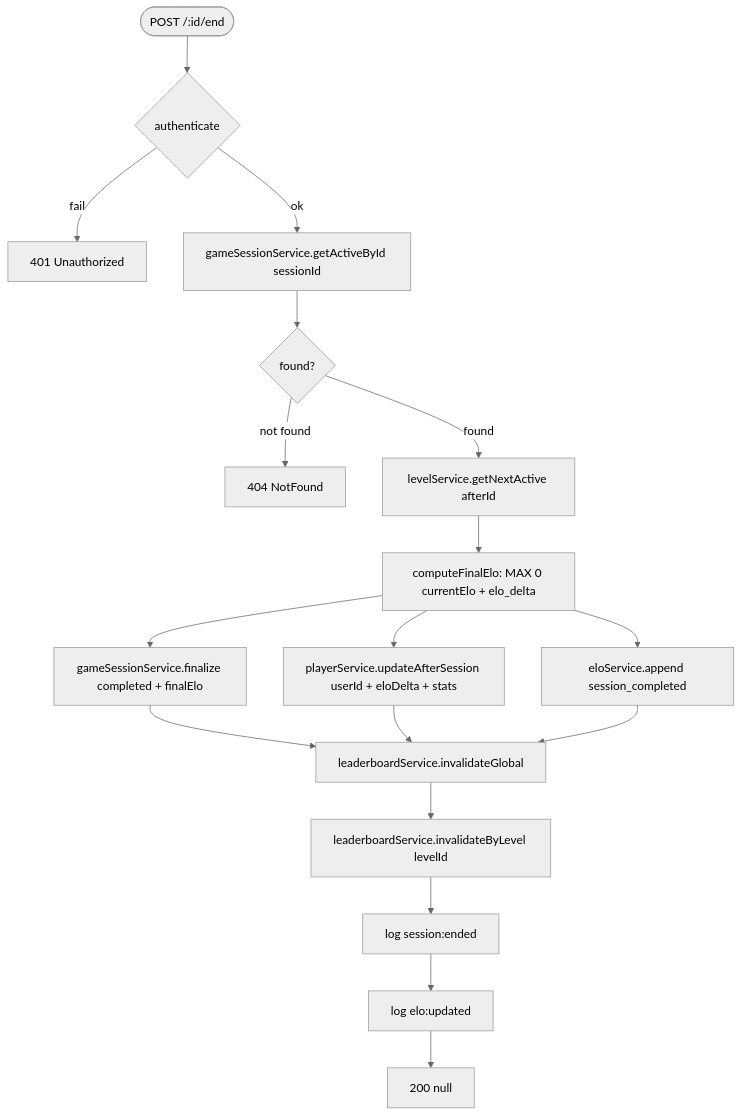
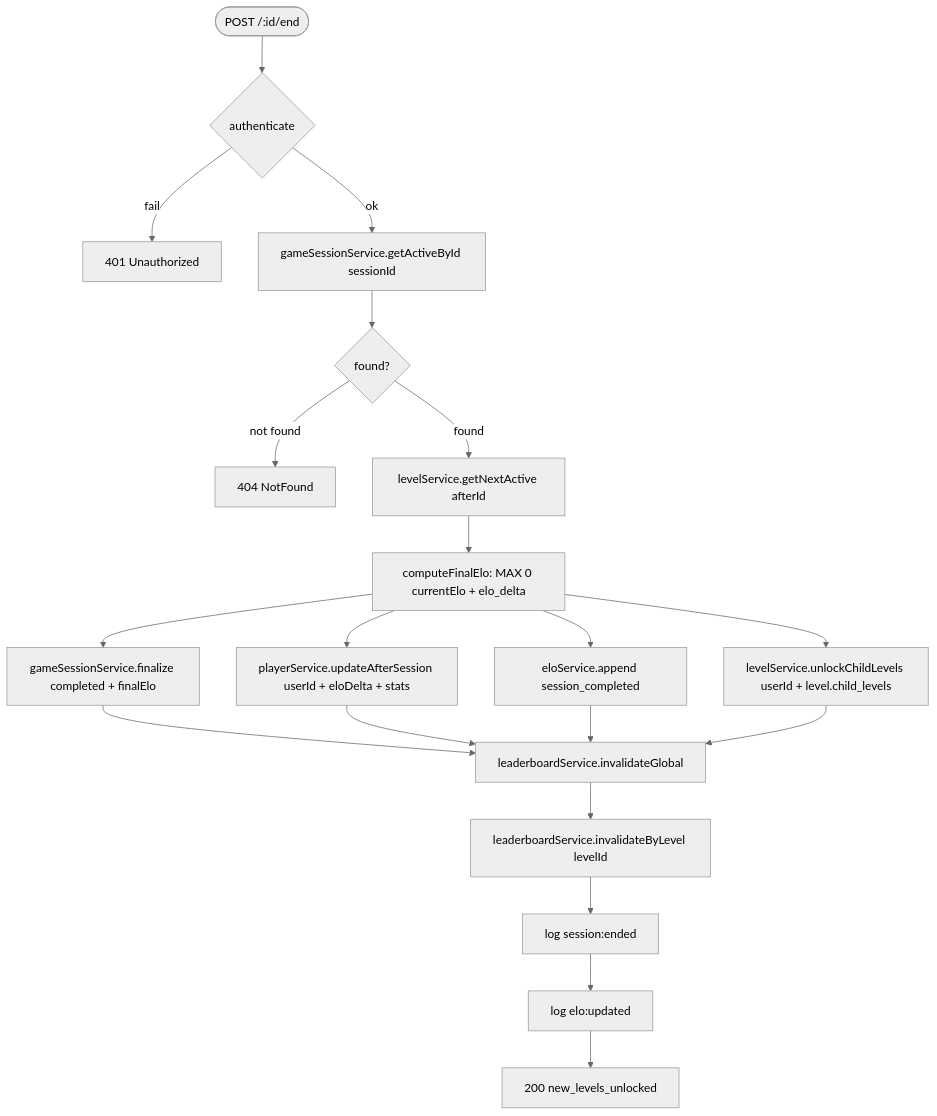
One commit to christphralden/magic-nugger-app changed the third of 5 diagrams in docs/diagrams/game/flowchart.md. Above: the diagram before and after it, drawn with Mermaid. The commit also changed other lines of this file and 6 other files, not shown here.

````diff
--- a/docs/diagrams/game/flowchart.md
+++ b/docs/diagrams/game/flowchart.md
@@ -62,21 +60,23 @@
 ```mermaid
 %%{init: {'theme': 'neutral'}}%%
 flowchart TD
     START([POST /:id/end]) --> AUTH{authenticate}
     AUTH -->|fail| E401[401 Unauthorized]
     AUTH -->|ok| GET_S[gameSessionService.getActiveById sessionId]
     GET_S --> CHECK{found?}
     CHECK -->|not found| E404[404 NotFound]
     CHECK -->|found| NEXT[levelService.getNextActive afterId]
     NEXT --> ELO[computeFinalElo: MAX 0 currentElo + elo_delta]
     ELO --> FIN[gameSessionService.finalize completed + finalElo]
     ELO --> UPD[playerService.updateAfterSession userId + eloDelta + stats]
     ELO --> HIST[eloService.append session_completed]
+    ELO --> UNL[levelService.unlockChildLevels userId + level.child_levels]
     FIN --> INV1[leaderboardService.invalidateGlobal]
     UPD --> INV1
     HIST --> INV1
+    UNL --> INV1
     INV1 --> INV2[leaderboardService.invalidateByLevel levelId]
     INV2 --> LOG1[log session:ended]
     LOG1 --> LOG2[log elo:updated]
-    LOG2 --> R200[200 null]
+    LOG2 --> R200[200 new_levels_unlocked]
 ```
````
